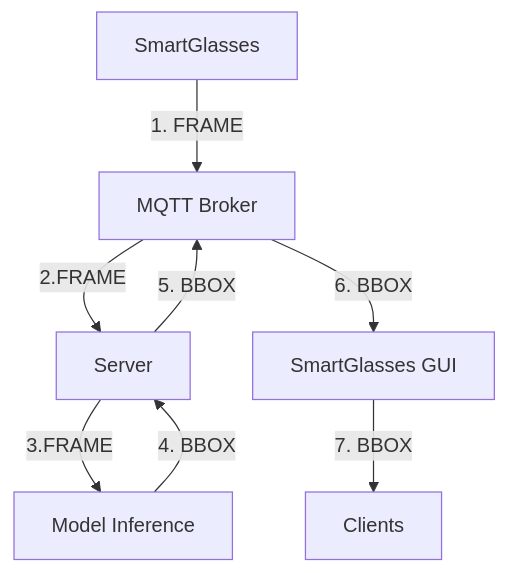
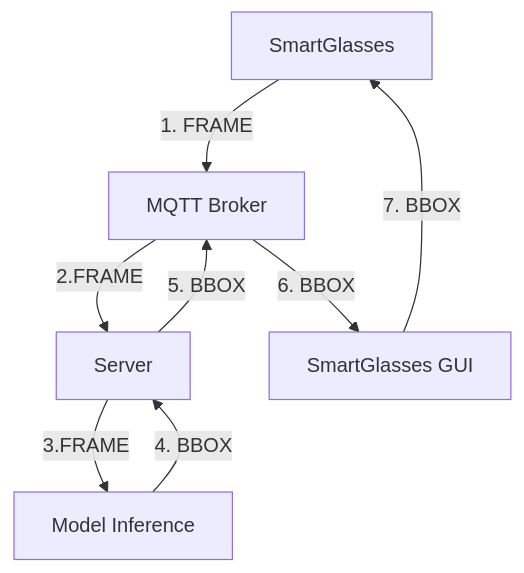
One commit to riccardosemeraro/B.O.S.S.-Branch-Bellusci-SSD300-VGG16 changed the first of 6 diagrams in README.md. Above: the diagram before and after it, drawn with Mermaid. The commit also changed other lines of this file and 1 other file, not shown here.

````diff
--- a/README.md
+++ b/README.md
@@ -116,7 +112,7 @@
 ```mermaid
 flowchart TB
 
 Client["SmartGlasses"] --> |"1. FRAME"| Broker["MQTT Broker"] --> |"2.FRAME"| Server["Server"] --> |"3.FRAME"| Inference["Model Inference"] --> |"4. BBOX"| Server --> |"5. BBOX"| Broker --> |"6. BBOX"| SmartGlasses["SmartGlasses GUI"]
-SmartGlasses --> |"7. BBOX"| Clients
+SmartGlasses --> |"7. BBOX"| Client
 
 ```
````
